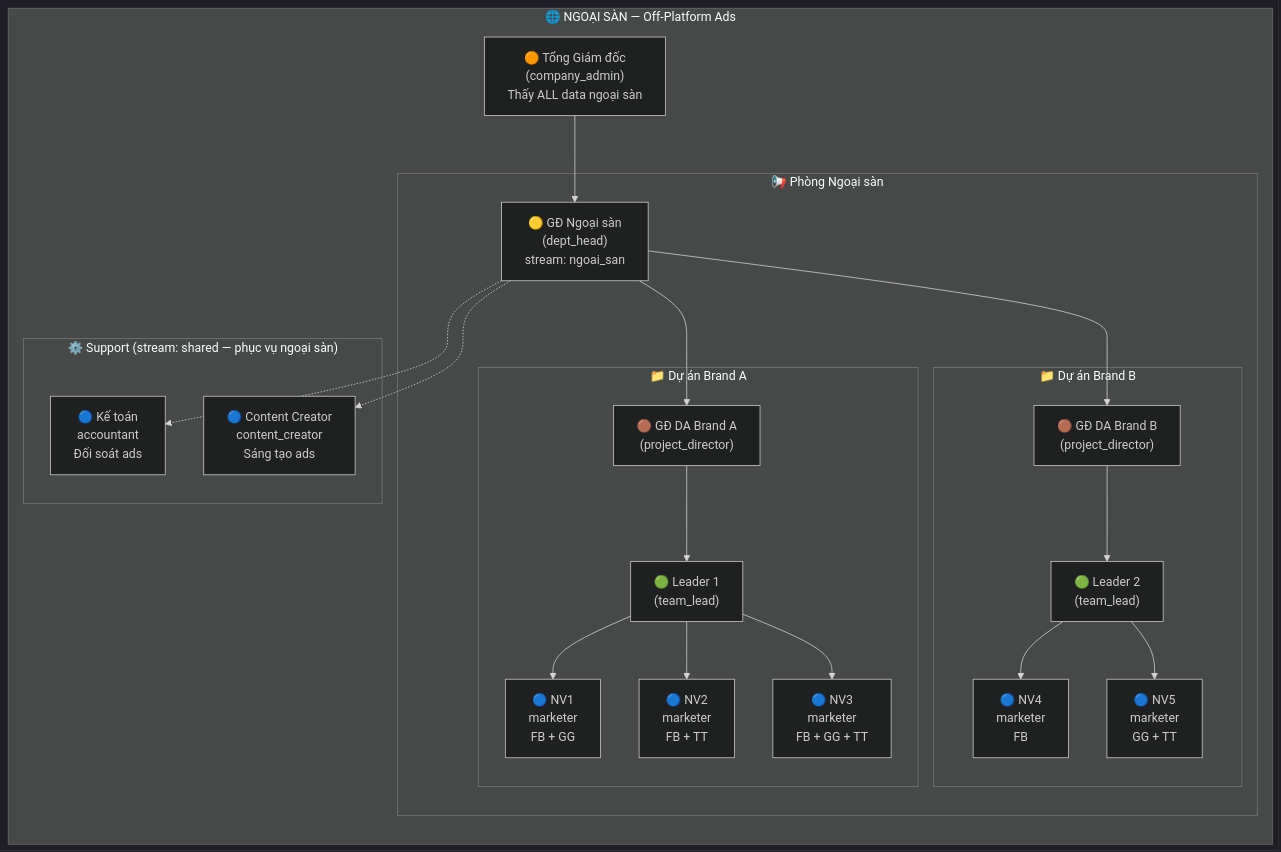
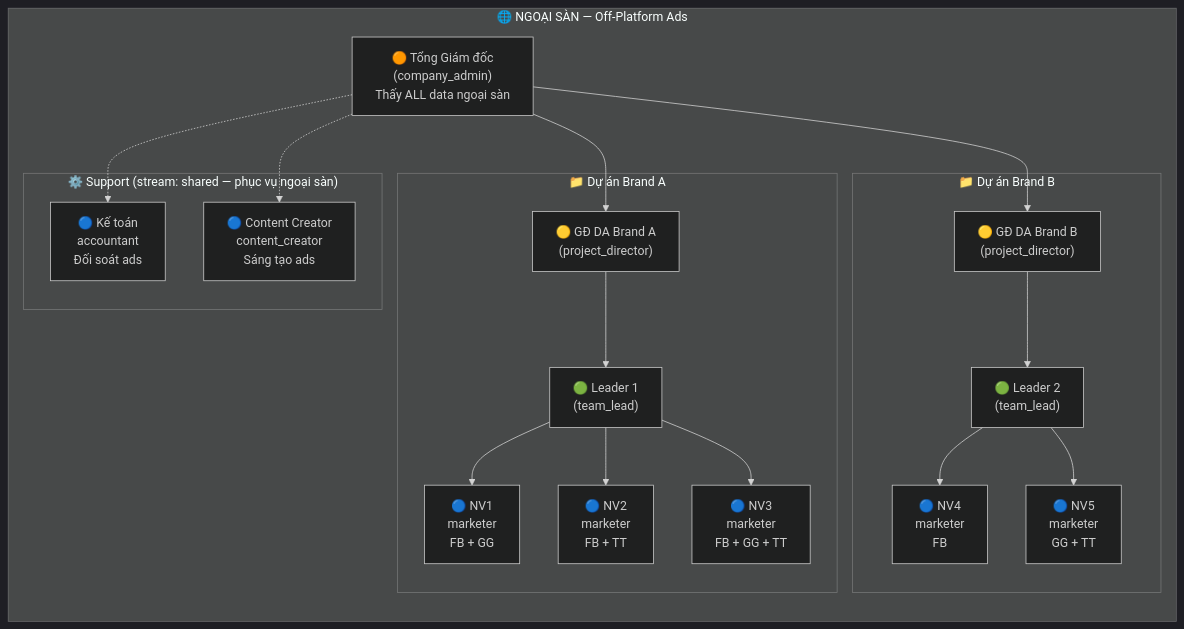
The first of 6 diagrams in docs/system-diagrams/ngoai_san_account_system.md (cucucha113-dotcom/Xcap-Management-Platform), drawn with Mermaid (dark theme) before and after one commit. The commit also changed other lines of this file, not shown here.

First line of the commit message:
🔧 Simplify hierarchy: bỏ tầng GĐ Ngoại sàn

````diff
--- a/docs/system-diagrams/ngoai_san_account_system.md
+++ b/docs/system-diagrams/ngoai_san_account_system.md
@@ -11,45 +11,40 @@
 ```mermaid
 graph TB
     subgraph NGOAI_SAN["🌐 NGOẠI SÀN — Off-Platform Ads"]
         direction TB
         
         TGD["🟠 Tổng Giám đốc<br/>(company_admin)<br/>Thấy ALL data ngoại sàn"]
         
-        subgraph DEPT_NS["📢 Phòng Ngoại sàn"]
-            GD_NS["🟡 GĐ Ngoại sàn<br/>(dept_head)<br/>stream: ngoai_san"]
-            
-            subgraph DA1["📁 Dự án Brand A"]
-                GD_DA1["🟤 GĐ DA Brand A<br/>(project_director)"]
-                L1["🟢 Leader 1<br/>(team_lead)"]
-                NV1["🔵 NV1<br/>marketer<br/>FB + GG"]
-                NV2["🔵 NV2<br/>marketer<br/>FB + TT"]
-                NV3["🔵 NV3<br/>marketer<br/>FB + GG + TT"]
-            end
-            
-            subgraph DA2["📁 Dự án Brand B"]
-                GD_DA2["🟤 GĐ DA Brand B<br/>(project_director)"]
-                L2["🟢 Leader 2<br/>(team_lead)"]
-                NV4["🔵 NV4<br/>marketer<br/>FB"]
-                NV5["🔵 NV5<br/>marketer<br/>GG + TT"]
-            end
+        subgraph DA1["📁 Dự án Brand A"]
+            GD_DA1["🟡 GĐ DA Brand A<br/>(project_director)"]
+            L1["🟢 Leader 1<br/>(team_lead)"]
+            NV1["🔵 NV1<br/>marketer<br/>FB + GG"]
+            NV2["🔵 NV2<br/>marketer<br/>FB + TT"]
+            NV3["🔵 NV3<br/>marketer<br/>FB + GG + TT"]
+        end
+        
+        subgraph DA2["📁 Dự án Brand B"]
+            GD_DA2["🟡 GĐ DA Brand B<br/>(project_director)"]
+            L2["🟢 Leader 2<br/>(team_lead)"]
+            NV4["🔵 NV4<br/>marketer<br/>FB"]
+            NV5["🔵 NV5<br/>marketer<br/>GG + TT"]
         end
         
         subgraph SUPPORT["⚙️ Support (stream: shared — phục vụ ngoại sàn)"]
             KT["🔵 Kế toán<br/>accountant<br/>Đối soát ads"]
             CC["🔵 Content Creator<br/>content_creator<br/>Sáng tạo ads"]
         end
     end
     
-    TGD --> GD_NS
-    GD_NS --> GD_DA1
-    GD_NS --> GD_DA2
+    TGD --> GD_DA1
+    TGD --> GD_DA2
     GD_DA1 --> L1
     L1 --> NV1
     L1 --> NV2
     L1 --> NV3
     GD_DA2 --> L2
     L2 --> NV4
     L2 --> NV5
-    GD_NS -.-> KT
-    GD_NS -.-> CC
+    TGD -.-> KT
+    TGD -.-> CC
 ```
````
